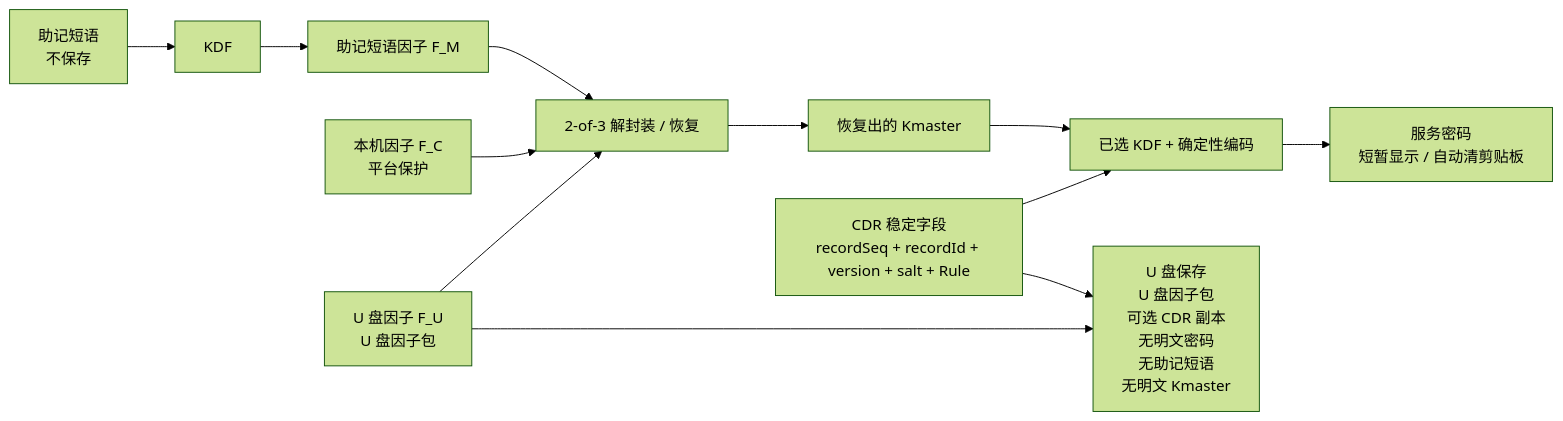
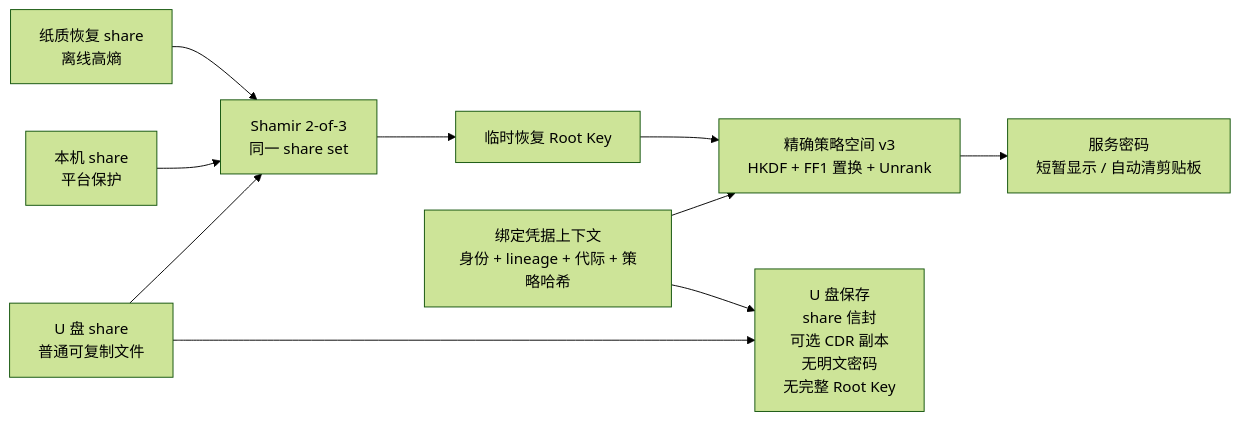
Before and after one commit to ferrarif1/KeyLessPass: the diagram in README.zh-CN.md, drawn with Mermaid (forest theme). The commit also changed other lines of this file and 2098 other files, not shown here.

````diff
--- a/README.zh-CN.md
+++ b/README.zh-CN.md
@@ -117,14 +118,12 @@
 ```mermaid
 flowchart LR
-    M["助记短语<br/>不保存"] --> KDF["KDF"]
-    KDF --> FM["助记短语因子 F_M"]
-    FC["本机因子 F_C<br/>平台保护"] --> R["2-of-3 解封装 / 恢复"]
-    FM --> R
-    FU["U 盘因子 F_U<br/>U 盘因子包"] --> R
-    R --> KM["恢复出的 Kmaster"]
-    KM --> D["已选 KDF + 确定性编码"]
-    C["CDR 稳定字段<br/>recordSeq + recordId + version + salt + Rule"] --> D
+    SR["纸质恢复 share<br/>离线高熵"] --> R["Shamir 2-of-3<br/>同一 share set"]
+    SD["本机 share<br/>平台保护"] --> R
+    SU["U 盘 share<br/>普通可复制文件"] --> R
+    R --> KM["临时恢复 Root Key"]
+    KM --> D["精确策略空间 v3<br/>HKDF + FF1 置换 + Unrank"]
+    C["绑定凭据上下文<br/>身份 + lineage + 代际 + 策略哈希"] --> D
     D --> P["服务密码<br/>短暂显示 / 自动清剪贴板"]
-    FU --> U["U 盘保存<br/>U 盘因子包<br/>可选 CDR 副本<br/>无明文密码<br/>无助记短语<br/>无明文 Kmaster"]
+    SU --> U["U 盘保存<br/>share 信封<br/>可选 CDR 副本<br/>无明文密码<br/>无完整 Root Key"]
     C --> U
 ```
````
